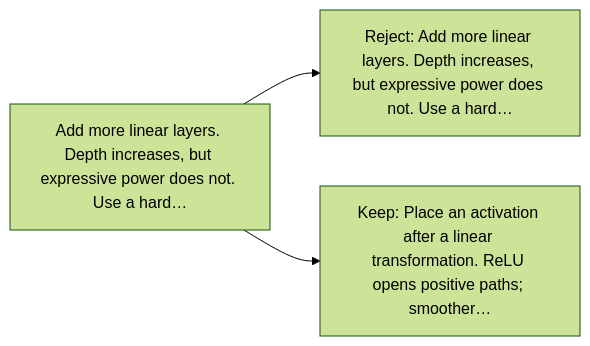
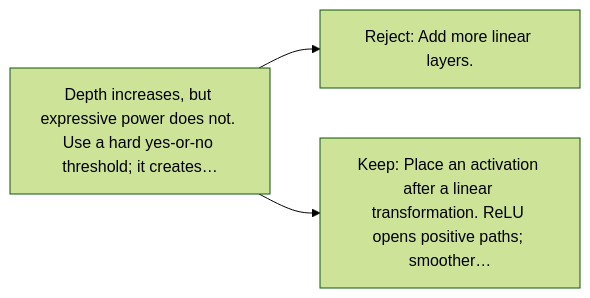
One commit to kleem-labs/AI-Archaeology changed the diagram in excavations/030-activation-functions/diagram.md. Above: the diagram before and after it, drawn with Mermaid (forest theme). The commit also changed other lines of this file and 165 other files, not shown here.

````diff
--- a/excavations/030-activation-functions/diagram.md
+++ b/excavations/030-activation-functions/diagram.md
@@ -5,5 +5,5 @@
 ```mermaid
 flowchart LR
-    B["Add more linear layers. Depth increases, but expressive power does not. Use a hard…"] --> A["Reject: Add more linear layers. Depth increases, but expressive power does not. Use a hard…"]
+    B["Depth increases, but expressive power does not. Use a hard yes-or-no threshold; it creates…"] --> A["Reject: Add more linear layers."]
     B --> C["Keep: Place an activation after a linear transformation. ReLU opens positive paths; smoother…"]
 ```
````
